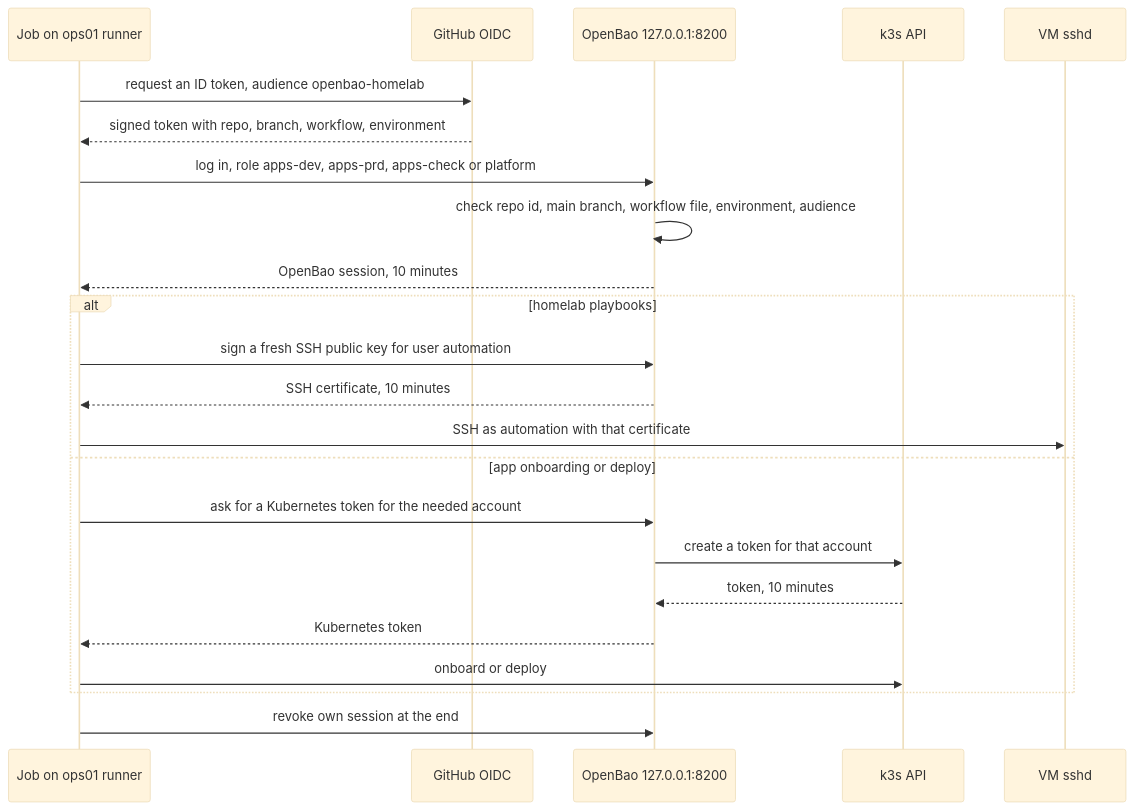
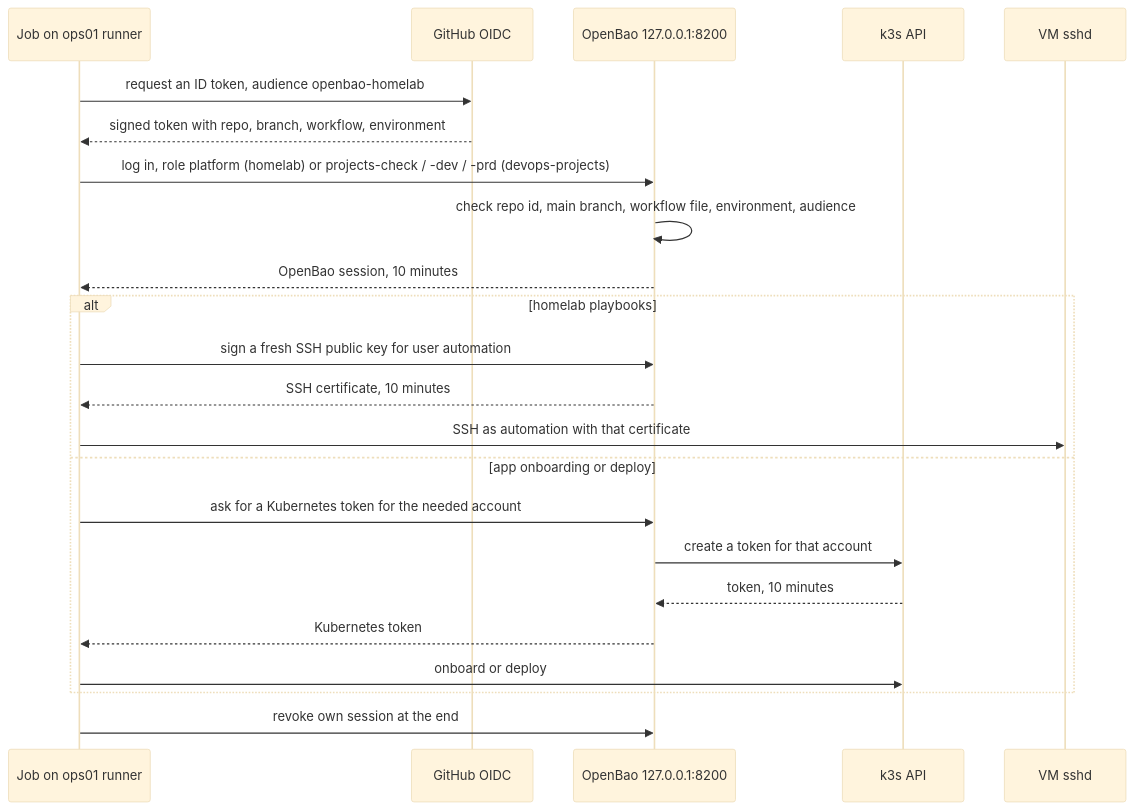
The diagram in docs/OPENBAO.md (Zulhardy/homelab), drawn with Mermaid (base theme) before and after one commit. The commit also changed other lines of this file and 38 other files, not shown here.

First line of the commit message:
feat: split apps out to devops-projects; homelab keeps the platform

````diff
--- a/docs/OPENBAO.md
+++ b/docs/OPENBAO.md
@@ -79,25 +79,25 @@
 ```mermaid
 sequenceDiagram
     participant J as Job on ops01 runner
     participant G as GitHub OIDC
     participant B as OpenBao 127.0.0.1:8200
     participant K as k3s API
     participant V as VM sshd
     J->>G: request an ID token, audience openbao-homelab
     G-->>J: signed token with repo, branch, workflow, environment
-    J->>B: log in, role apps-dev, apps-prd, apps-check or platform
+    J->>B: log in, role platform (homelab) or projects-check / -dev / -prd (devops-projects)
     B->>B: check repo id, main branch, workflow file, environment, audience
     B-->>J: OpenBao session, 10 minutes
     alt homelab playbooks
         J->>B: sign a fresh SSH public key for user automation
         B-->>J: SSH certificate, 10 minutes
         J->>V: SSH as automation with that certificate
     else app onboarding or deploy
         J->>B: ask for a Kubernetes token for the needed account
         B->>K: create a token for that account
         K-->>B: token, 10 minutes
         B-->>J: Kubernetes token
         J->>K: onboard or deploy
     end
     J->>B: revoke own session at the end
 ```
````
